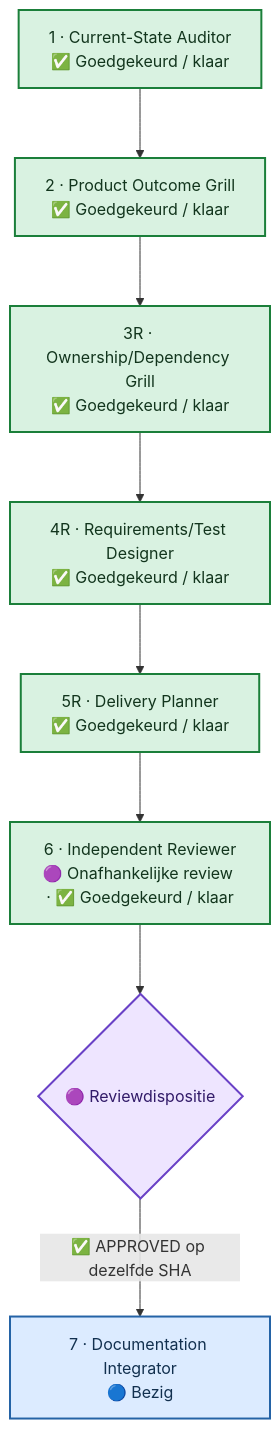
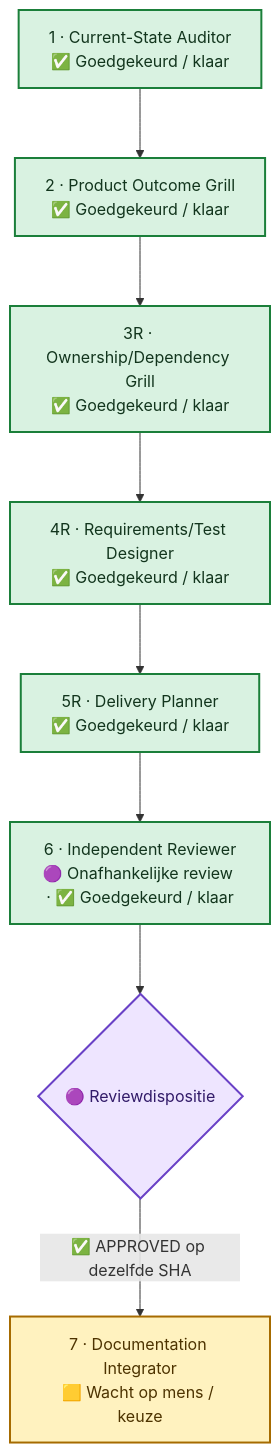
The first of 2 diagrams in README.md (Jandesch91/n1-bioforge-requirements-cockpit), drawn with Mermaid before and after one commit. The commit also changed other lines of this file and 4 other files, not shown here.

Commit message:
chore(cockpit): Phase 7 inventory complete; one human decision required

````diff
--- a/README.md
+++ b/README.md
@@ -19,31 +19,31 @@
 ```mermaid
 %%{init: {"flowchart": {"curve": "basis", "nodeSpacing": 60, "rankSpacing": 70, "htmlLabels": true}}}%%
 flowchart TB
     %% A vertical main lane prevents crossing arrows. The review return uses one side lane.
     phase_1["1 · Current-State Auditor<br/>✅ Goedgekeurd / klaar"]
     phase_2["2 · Product Outcome Grill<br/>✅ Goedgekeurd / klaar"]
     phase_3r["3R · Ownership/Dependency Grill<br/>✅ Goedgekeurd / klaar"]
     phase_4r["4R · Requirements/Test Designer<br/>✅ Goedgekeurd / klaar"]
     phase_5r["5R · Delivery Planner<br/>✅ Goedgekeurd / klaar"]
     phase_6["6 · Independent Reviewer<br/>🟣 Onafhankelijke review · ✅ Goedgekeurd / klaar"]
-    phase_7["7 · Documentation Integrator<br/>🔵 Bezig"]
+    phase_7["7 · Documentation Integrator<br/>🟨 Wacht op mens / keuze"]
     phase_1 --> phase_2 --> phase_3r --> phase_4r --> phase_5r --> phase_6
     review_decision{"🟣 Reviewdispositie"}
     phase_6 --> review_decision
     review_decision -->|"✅ APPROVED op dezelfde SHA"| phase_7
     classDef approved fill:#D9F2E1,stroke:#1B7F3A,color:#12351D,stroke-width:2px
     classDef inprogress fill:#DCEBFF,stroke:#2463A6,color:#12304F,stroke-width:2px
     classDef human fill:#FFF2BF,stroke:#A66B00,color:#4D3300,stroke-width:2px
     classDef changes fill:#FDE2E1,stroke:#B42318,color:#5D1712,stroke-width:2px
     classDef blocked fill:#FDE2E1,stroke:#B42318,color:#5D1712,stroke-width:2px
     classDef notstarted fill:#F2F4F7,stroke:#667085,color:#344054,stroke-width:2px
     classDef review fill:#EEE5FF,stroke:#6941C6,color:#321B69,stroke-width:2px
     class phase_1 approved
     class phase_2 approved
     class phase_3r approved
     class phase_4r approved
     class phase_5r approved
     class phase_6 approved
-    class phase_7 inprogress
+    class phase_7 human
     class review_decision review
 ```
````
